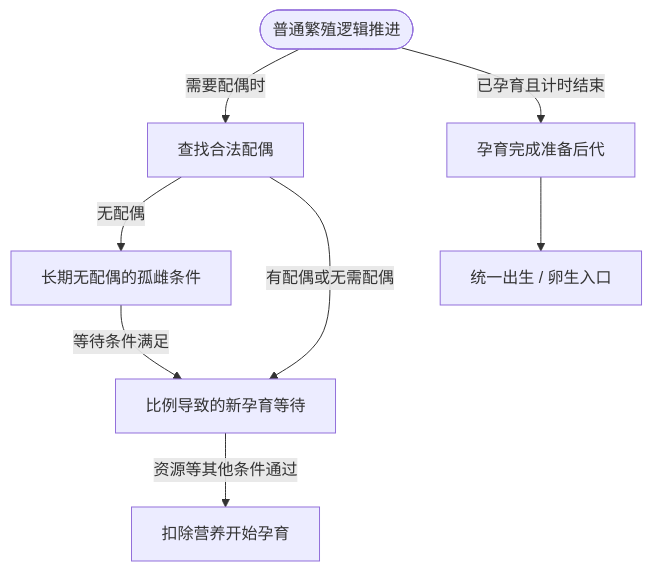
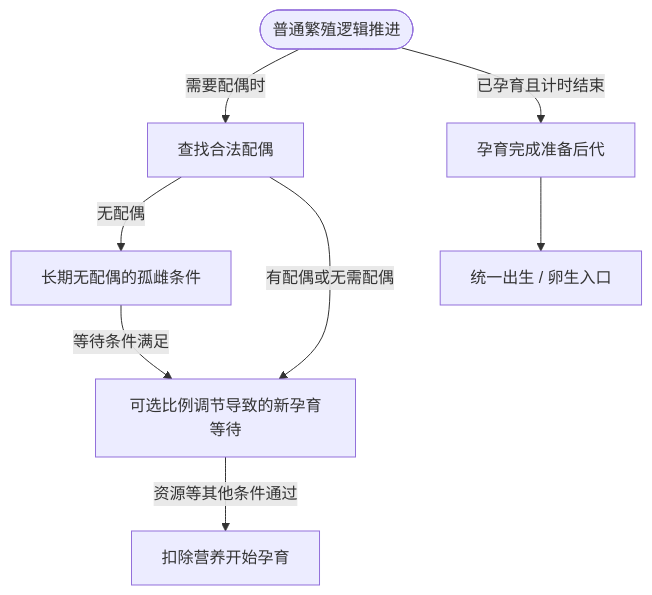
The fifth of 12 diagrams in Docs/运行流程图/主流程.md (xhs6666/Darwin_paradise), drawn with Mermaid before and after one commit. The commit also changed other lines of this file and 114 other files, not shown here.

````diff
--- a/Docs/运行流程图/主流程.md
+++ b/Docs/运行流程图/主流程.md
@@ -229,18 +229,18 @@
 ```mermaid
 flowchart TD
   n0(["普通繁殖逻辑推进"])
   n1["查找合法配偶"]
   n2["长期无配偶的孤雌条件"]
-  n3["比例导致的新孕育等待"]
+  n3["可选比例调节导致的新孕育等待"]
   n4["扣除营养开始孕育"]
   n5["孕育完成准备后代"]
   n6["统一出生 / 卵生入口"]
   n0 -->|"需要配偶时"| n1
   n1 -->|"无配偶"| n2
   n1 -->|"有配偶或无需配偶"| n3
   n2 -->|"等待条件满足"| n3
   n3 -->|"资源等其他条件通过"| n4
   n0 -->|"已孕育且计时结束"| n5
   n5 --> n6
 
 ```
````
